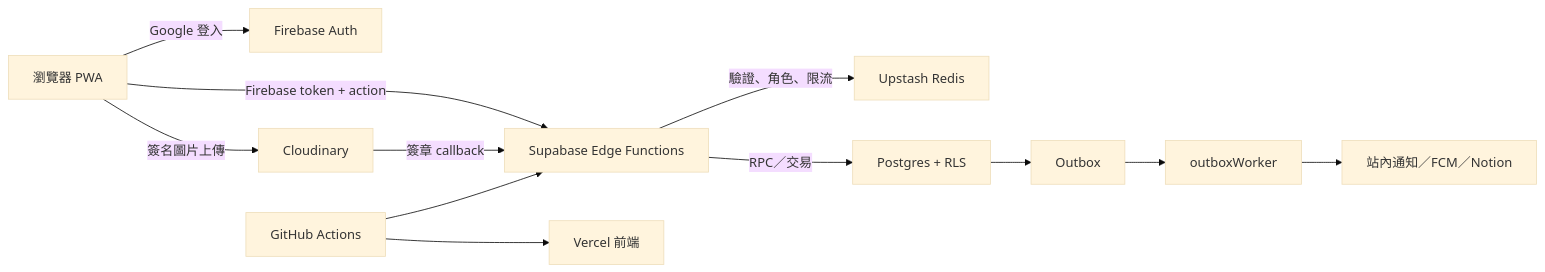
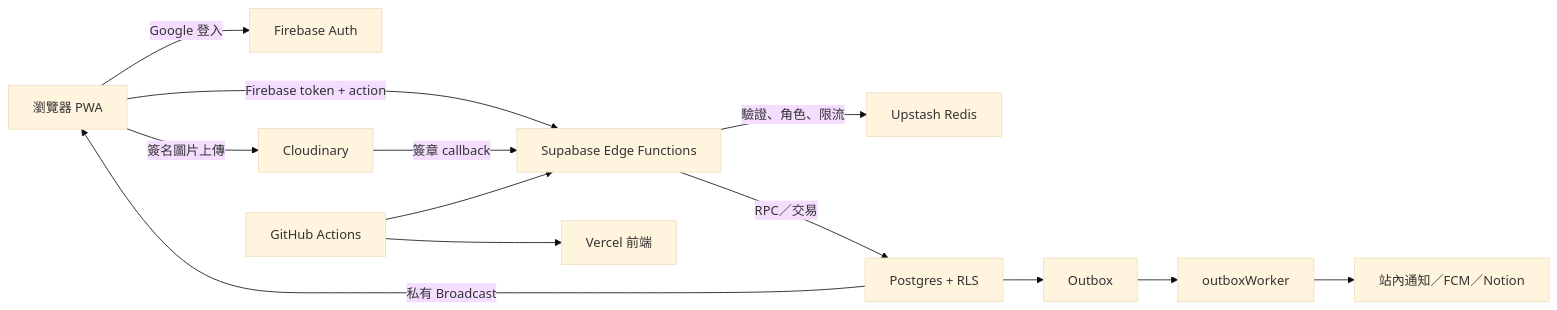
Before and after one commit to tavricccc/novae-website: the first of 2 diagrams in docs/architecture.md, drawn with Mermaid (base theme). The commit also changed other lines of this file and 12 other files, not shown here.

````diff
--- a/docs/architecture.md
+++ b/docs/architecture.md
@@ -7,14 +7,15 @@
 ```mermaid
 flowchart LR
   U[瀏覽器 PWA] -->|Google 登入| F[Firebase Auth]
   U -->|Firebase token + action| E[Supabase Edge Functions]
   E -->|驗證、角色、限流| R[Upstash Redis]
   E -->|RPC／交易| P[Postgres + RLS]
+  P -->|私有 Broadcast| U
   U -->|簽名圖片上傳| C[Cloudinary]
   C -->|簽章 callback| E
   P --> O[Outbox]
   O --> W[outboxWorker]
   W --> N[站內通知／FCM／Notion]
   G[GitHub Actions] --> E
   G --> V[Vercel 前端]
 ```
````
